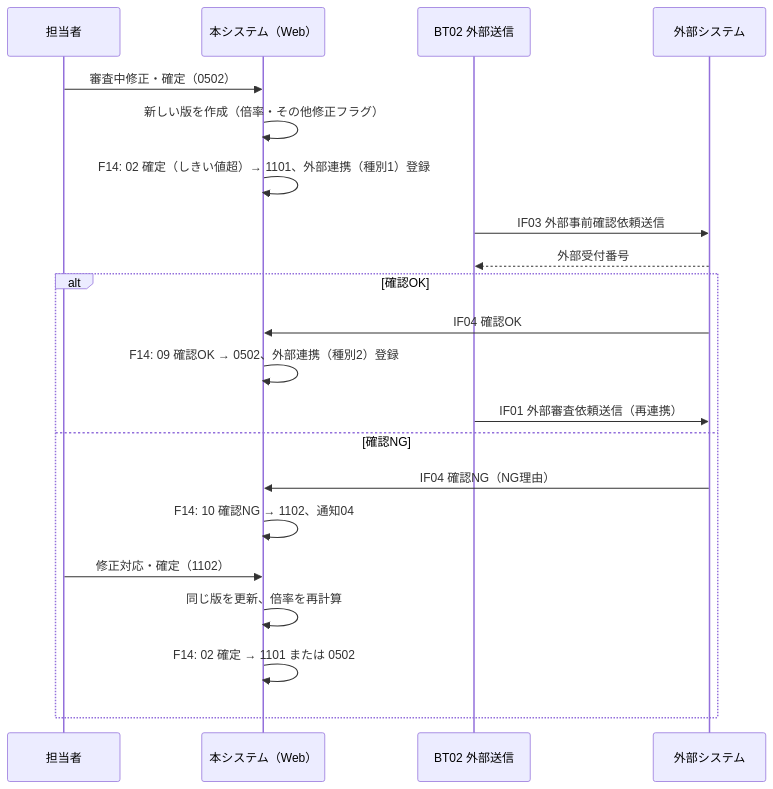
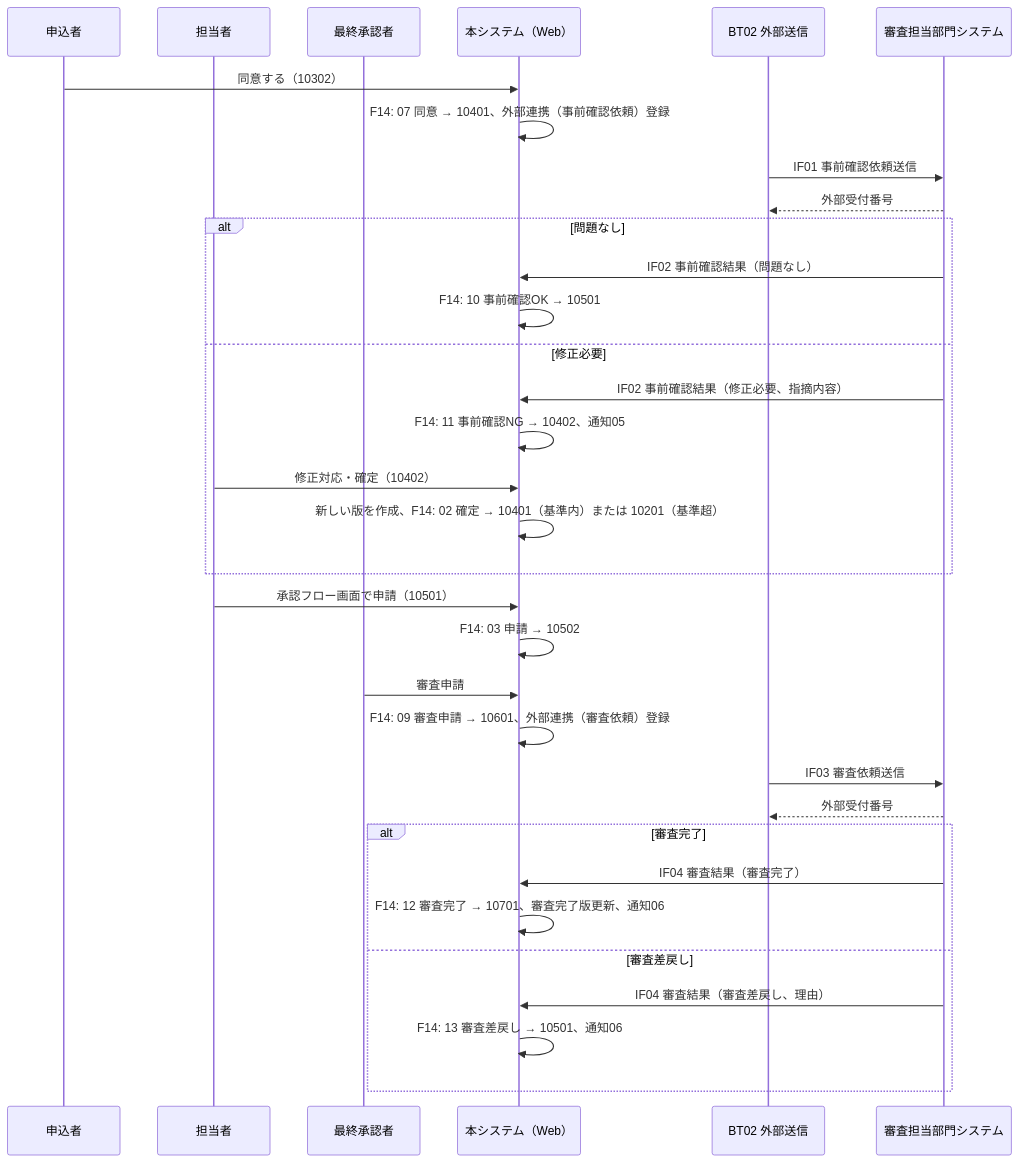
The fourth of 4 diagrams in docs/basic-design/10-function-detail.md (yasudaProduct/JavaServletSample2), drawn with Mermaid before and after one commit. The commit also changed other lines of this file and 26 other files, not shown here.

````diff
--- a/docs/basic-design/10-function-detail.md
+++ b/docs/basic-design/10-function-detail.md
@@ -426,23 +385,35 @@
 ```mermaid
 sequenceDiagram
+    participant C as 申込者
     participant O as 担当者
+    participant A as 最終承認者
     participant S as 本システム（Web）
     participant B as BT02 外部送信
-    participant E as 外部システム
-    O->>S: 審査中修正・確定（0502）
-    S->>S: 新しい版を作成（倍率・その他修正フラグ）
-    S->>S: F14: 02 確定（しきい値超）→ 1101、外部連携（種別1）登録
-    B->>E: IF03 外部事前確認依頼送信
+    participant E as 審査担当部門システム
+    C->>S: 同意する（10302）
+    S->>S: F14: 07 同意 → 10401、外部連携（事前確認依頼）登録
+    B->>E: IF01 事前確認依頼送信
     E-->>B: 外部受付番号
-    alt 確認OK
-        E->>S: IF04 確認OK
-        S->>S: F14: 09 確認OK → 0502、外部連携（種別2）登録
-        B->>E: IF01 外部審査依頼送信（再連携）
-    else 確認NG
-        E->>S: IF04 確認NG（NG理由）
-        S->>S: F14: 10 確認NG → 1102、通知04
-        O->>S: 修正対応・確定（1102）
-        S->>S: 同じ版を更新、倍率を再計算
-        S->>S: F14: 02 確定 → 1101 または 0502
+    alt 問題なし
+        E->>S: IF02 事前確認結果（問題なし）
+        S->>S: F14: 10 事前確認OK → 10501
+    else 修正必要
+        E->>S: IF02 事前確認結果（修正必要、指摘内容）
+        S->>S: F14: 11 事前確認NG → 10402、通知05
+        O->>S: 修正対応・確定（10402）
+        S->>S: 新しい版を作成、F14: 02 確定 → 10401（基準内）または 10201（基準超）
+    end
+    O->>S: 承認フロー画面で申請（10501）
+    S->>S: F14: 03 申請 → 10502
+    A->>S: 審査申請
+    S->>S: F14: 09 審査申請 → 10601、外部連携（審査依頼）登録
+    B->>E: IF03 審査依頼送信
+    E-->>B: 外部受付番号
+    alt 審査完了
+        E->>S: IF04 審査結果（審査完了）
+        S->>S: F14: 12 審査完了 → 10701、審査完了版更新、通知06
+    else 審査差戻し
+        E->>S: IF04 審査結果（審査差戻し、理由）
+        S->>S: F14: 13 審査差戻し → 10501、通知06
     end
 ```
````
